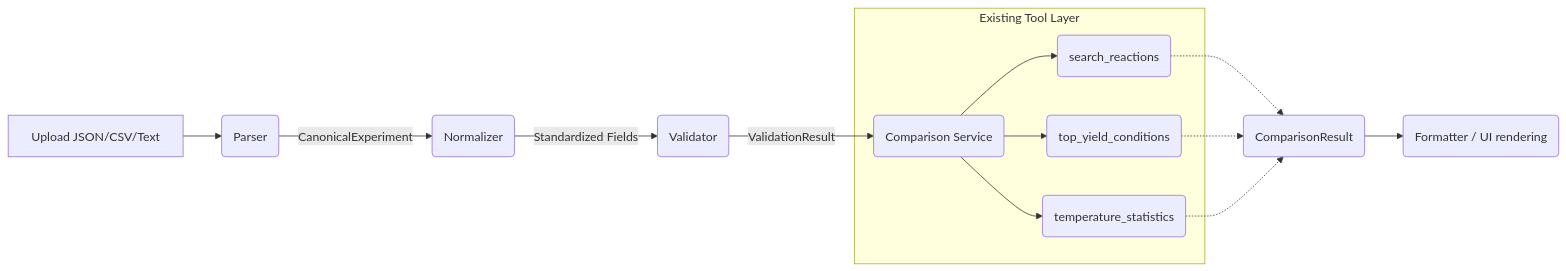
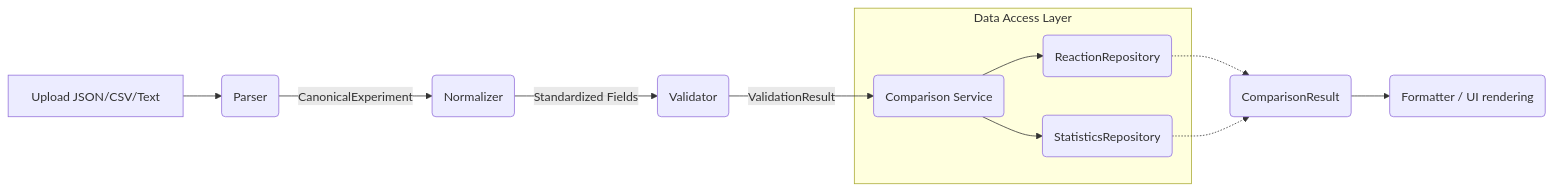
Before and after one commit to JayKrishna05/Chem-AI-Experimental-Assistant: the third of 5 diagrams in architecture_diagrams.md, drawn with Mermaid. The commit also changed other lines of this file and 56 other files, not shown here.

````diff
--- a/architecture_diagrams.md
+++ b/architecture_diagrams.md
@@ -62,19 +73,17 @@
 ```mermaid
 graph LR
     U[Upload JSON/CSV/Text] --> P(Parser)
     P -->|CanonicalExperiment| N(Normalizer)
     N -->|Standardized Fields| V(Validator)
     V -->|ValidationResult| S(Comparison Service)
     
-    subgraph Existing Tool Layer
-        S --> T1(search_reactions)
-        S --> T2(top_yield_conditions)
-        S --> T3(temperature_statistics)
+    subgraph Data Access Layer
+        S --> R1(ReactionRepository)
+        S --> R2(StatisticsRepository)
     end
     
-    T1 -.-> C(ComparisonResult)
-    T2 -.-> C
-    T3 -.-> C
+    R1 -.-> C(ComparisonResult)
+    R2 -.-> C
     
     C --> F(Formatter / UI rendering)
 ```
````
